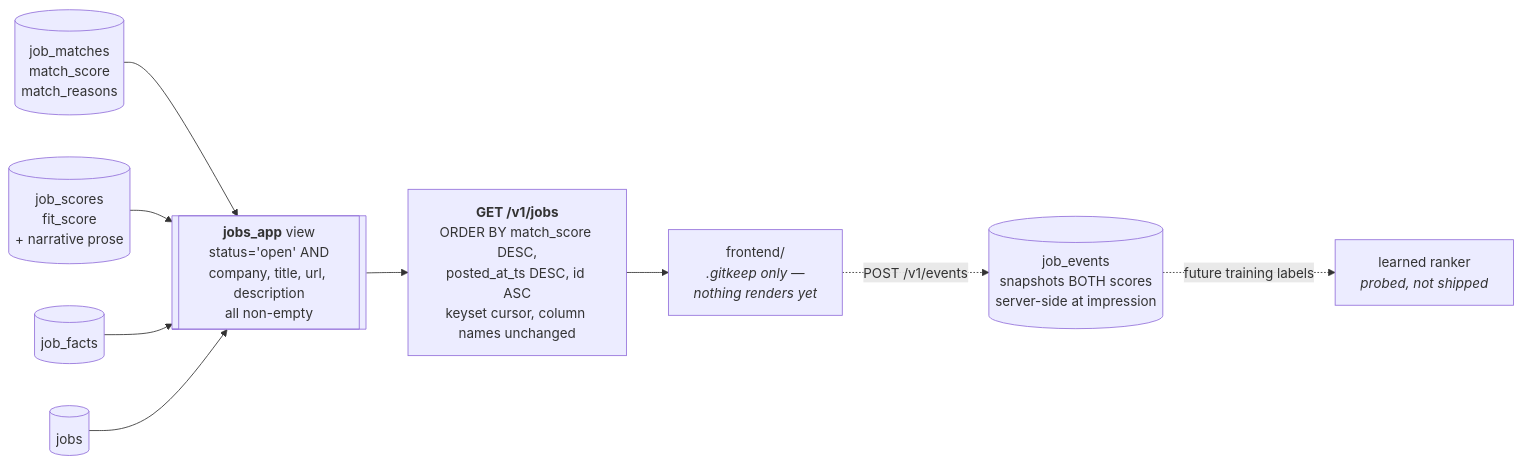
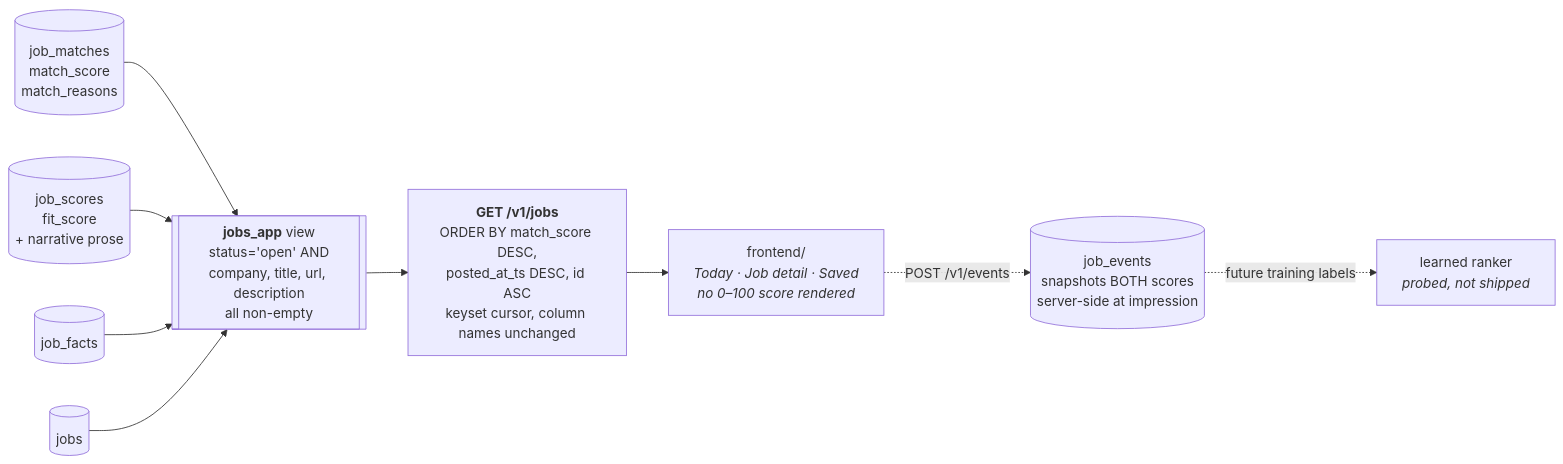
The fifth of 6 diagrams in docs/scoring.md (liueric-dev/jobs), drawn with Mermaid before and after one commit. The commit also changed other lines of this file and 34 other files, not shown here.

````diff
--- a/docs/scoring.md
+++ b/docs/scoring.md
@@ -534,14 +534,14 @@
 ```mermaid
 flowchart LR
     M[("job_matches<br/>match_score<br/>match_reasons")] --> V[["<b>jobs_app</b> view<br/>status='open' AND<br/>company, title, url, description<br/>all non-empty"]]
     SC[("job_scores<br/>fit_score<br/>+ narrative prose")] --> V
     F[("job_facts")] --> V
     JB[("jobs")] --> V
 
     V --> API["<b>GET /v1/jobs</b><br/>ORDER BY match_score DESC,<br/>posted_at_ts DESC, id ASC<br/>keyset cursor, column names unchanged"]
 
-    API --> UI["frontend/<br/><i>.gitkeep only —<br/>nothing renders yet</i>"]
+    API --> UI["frontend/<br/><i>Today · Job detail · Saved<br/>no 0–100 score rendered</i>"]
 
     UI -.->|"POST /v1/events"| EV[("job_events<br/>snapshots BOTH scores<br/>server-side at impression")]
     EV -.->|"future training labels"| LR["learned ranker<br/><i>probed, not shipped</i>"]
 ```
````
